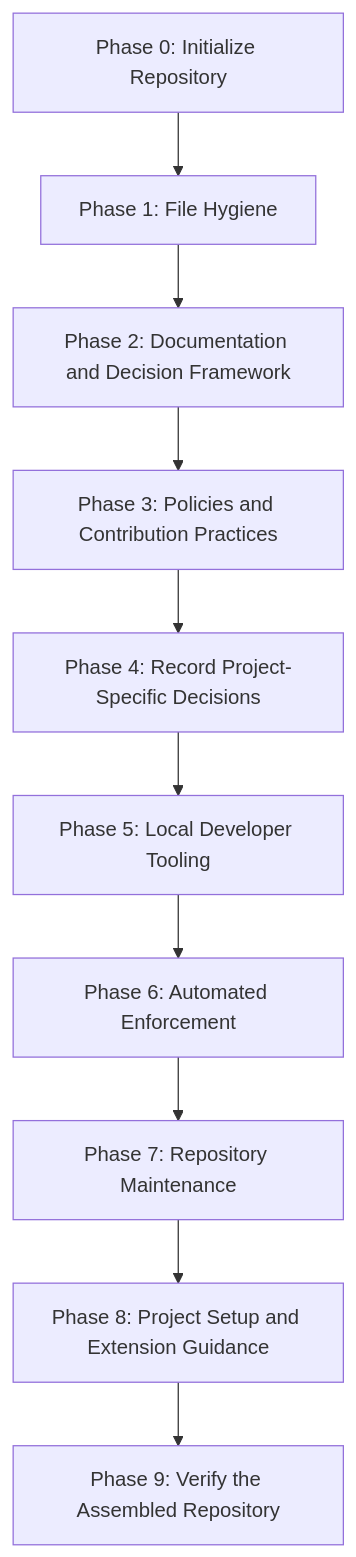
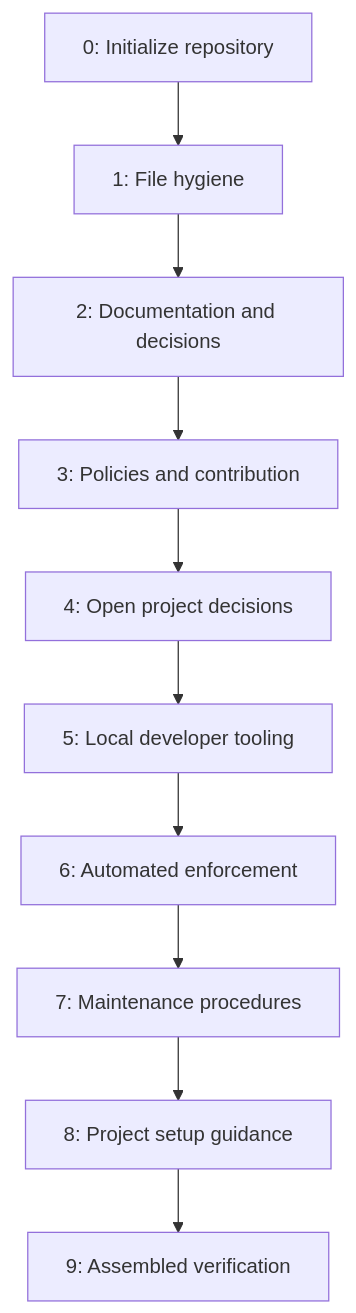
The diagram in docs/roadmap/milestone-0-repository-scaffolding.md (austinperrin/base), drawn with Mermaid before and after one commit. The commit also changed other lines of this file and 5 other files, not shown here.

Commit message:
feat(roadmap): add milestone schedule and planning template (#23)

````diff
--- a/docs/roadmap/milestone-0-repository-scaffolding.md
+++ b/docs/roadmap/milestone-0-repository-scaffolding.md
@@ -54,12 +23,12 @@
 ```mermaid
 flowchart TD
-    P0["Phase 0: Initialize Repository"] --> P1["Phase 1: File Hygiene"]
-    P1 --> P2["Phase 2: Documentation and Decision Framework"]
-    P2 --> P3["Phase 3: Policies and Contribution Practices"]
-    P3 --> P4["Phase 4: Record Project-Specific Decisions"]
-    P4 --> P5["Phase 5: Local Developer Tooling"]
-    P5 --> P6["Phase 6: Automated Enforcement"]
-    P6 --> P7["Phase 7: Repository Maintenance"]
-    P7 --> P8["Phase 8: Project Setup and Extension Guidance"]
-    P8 --> P9["Phase 9: Verify the Assembled Repository"]
+    P0["0: Initialize repository"] --> P1["1: File hygiene"]
+    P1 --> P2["2: Documentation and decisions"]
+    P2 --> P3["3: Policies and contribution"]
+    P3 --> P4["4: Open project decisions"]
+    P4 --> P5["5: Local developer tooling"]
+    P5 --> P6["6: Automated enforcement"]
+    P6 --> P7["7: Maintenance procedures"]
+    P7 --> P8["8: Project setup guidance"]
+    P8 --> P9["9: Assembled verification"]
 ```
````
